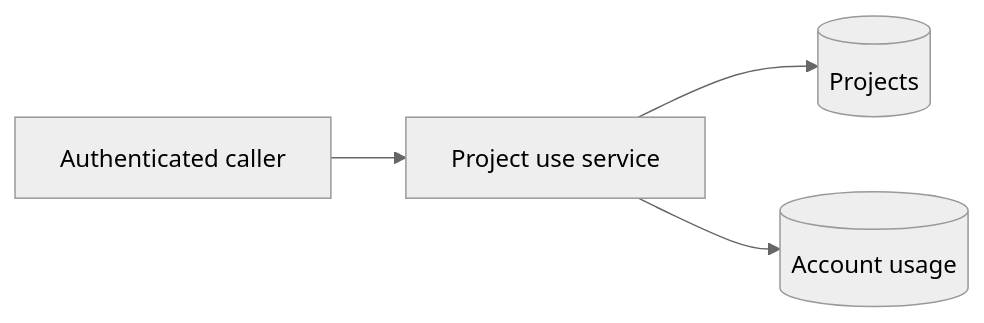
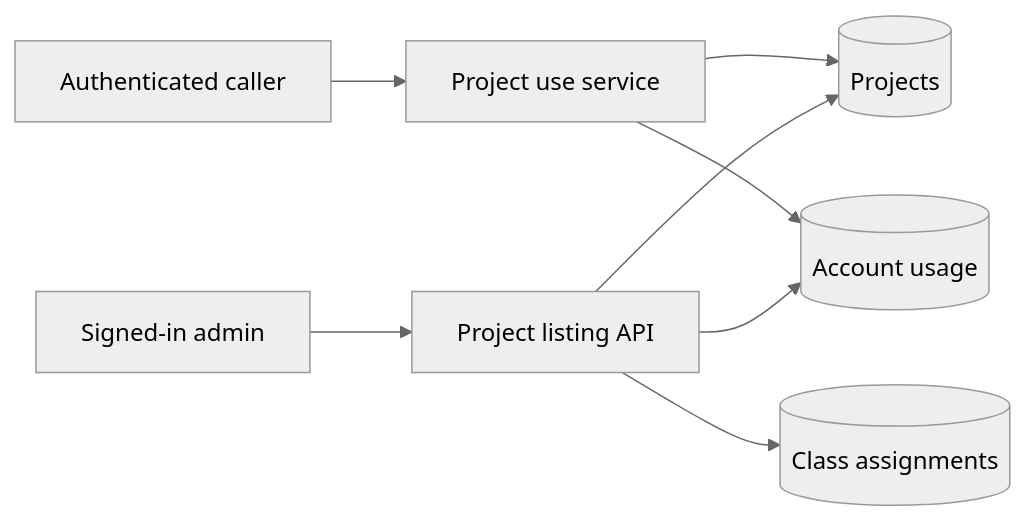
One commit to OsamaFelFel/keeplane changed the diagram in docs/architecture/projects.md. Above: the diagram before and after it, drawn with Mermaid (neutral theme). The commit also changed other lines of this file and 7 other files, not shown here.

````diff
--- a/docs/architecture/projects.md
+++ b/docs/architecture/projects.md
@@ -7,6 +7,10 @@
 ```mermaid
 flowchart LR
   Caller[Authenticated caller] --> Store[Project use service]
   Store --> Projects[(Projects)]
   Store --> Usage[(Account usage)]
+  Admin[Signed-in admin] --> Listing[Project listing API]
+  Listing --> Projects
+  Listing --> Usage
+  Listing --> Classes[(Class assignments)]
 ```
````
